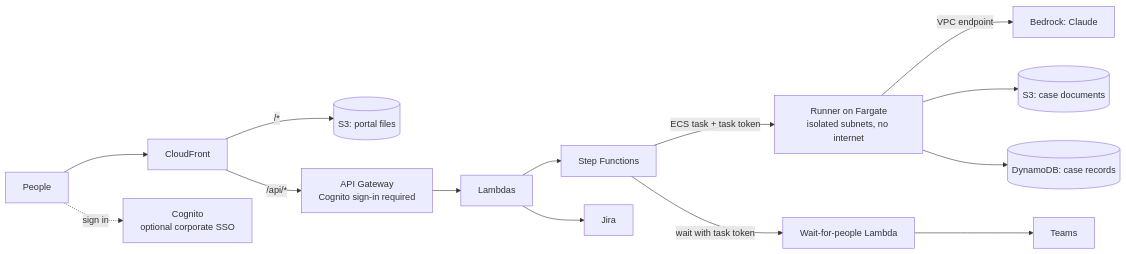
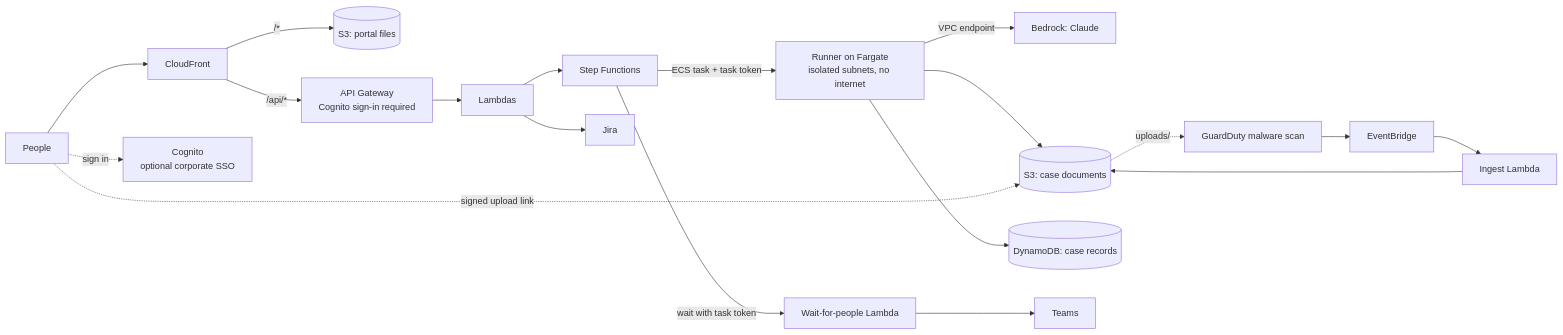
One commit to garghe/idea-agents changed the fourth of 5 diagrams in README.md. Above: the diagram before and after it, drawn with Mermaid. The commit also changed other lines of this file and 40 other files, not shown here.

````diff
--- a/README.md
+++ b/README.md
@@ -287,15 +345,17 @@
 ```mermaid
 flowchart LR
     U[People] --> CF[CloudFront]
     CF -->|/*| PS3[(S3: portal files)]
     CF -->|/api/*| API[API Gateway<br/>Cognito sign-in required]
     U -. sign in .-> COG[Cognito<br/>optional corporate SSO]
     API --> L[Lambdas]
     L --> SF[Step Functions]
     SF -->|ECS task + task token| R[Runner on Fargate<br/>isolated subnets, no internet]
     R -->|VPC endpoint| B[Bedrock: Claude]
     R --> S3[(S3: case documents)]
     R --> DDB[(DynamoDB: case records)]
     SF -->|wait with task token| W[Wait-for-people Lambda] --> T[Teams]
     L --> J[Jira]
+    U -. signed upload link .-> S3
+    S3 -. uploads/ .-> GD[GuardDuty malware scan] --> EB[EventBridge] --> IN[Ingest Lambda] --> S3
 ```
````
